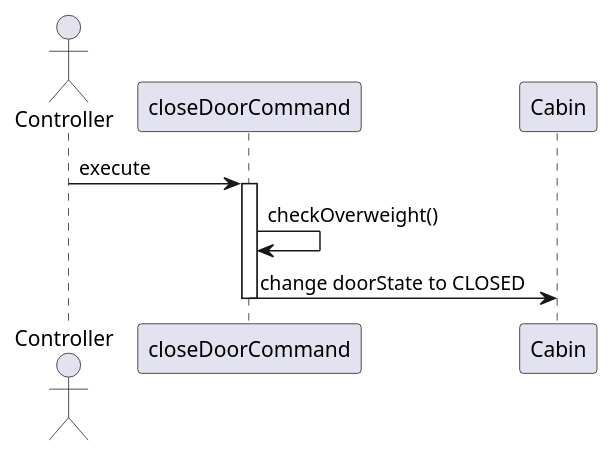
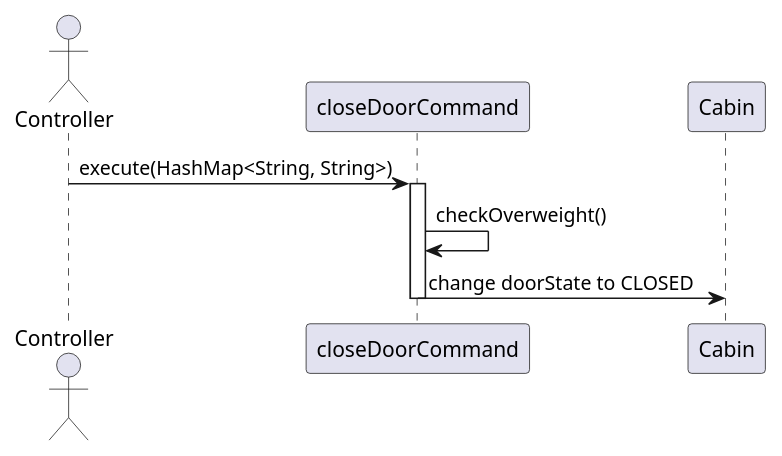
The diagram in src/documentation/command/closeDoorCommand.puml (valentynliubchenko/BomElevator), drawn with PlantUML before and after one commit. The commit also changed 3 other files, not shown here.

```diff
--- a/src/documentation/command/closeDoorCommand.puml
+++ b/src/documentation/command/closeDoorCommand.puml
@@ -1,11 +1,11 @@
 @startuml
 
 actor Controller
 
-Controller -> closeDoorCommand: execute
+Controller -> closeDoorCommand: execute(HashMap<String, String>)
 activate closeDoorCommand
 closeDoorCommand -> closeDoorCommand: checkOverweight()
 closeDoorCommand -> Cabin: change doorState to CLOSED
 deactivate closeDoorCommand
 
 @enduml
```
